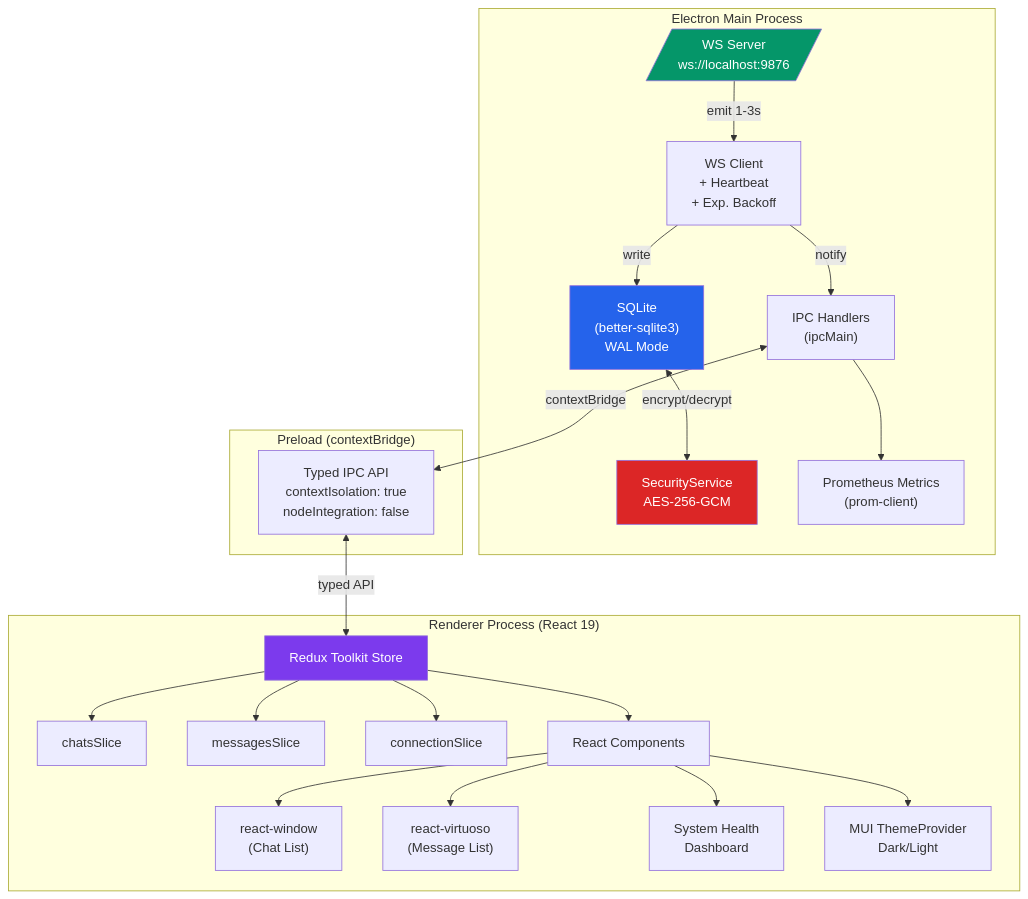
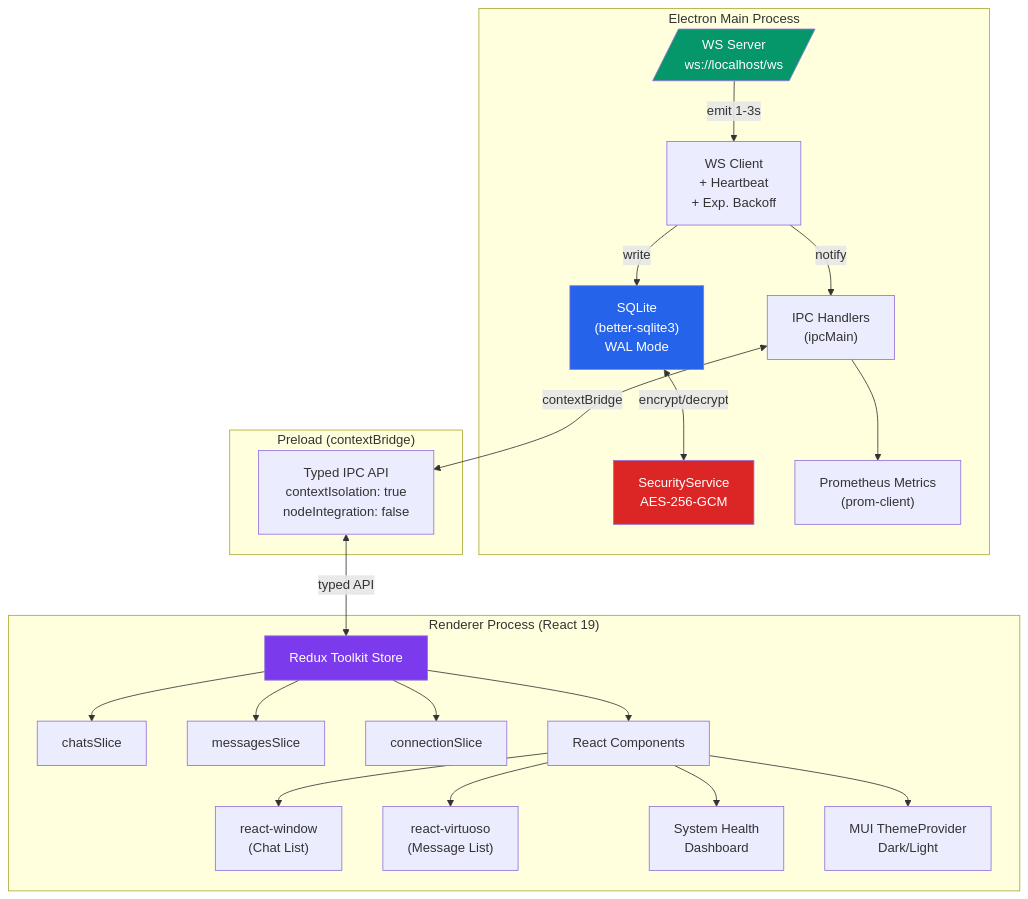
Before and after one commit to ericgitangu/secure-messenger-desktop: the first of 4 diagrams in README.md, drawn with Mermaid. The commit also changed other lines of this file and 10 other files, not shown here.

````diff
--- a/README.md
+++ b/README.md
@@ -163,48 +180,48 @@
 ```mermaid
 graph TB
     subgraph "Electron Main Process"
-        WS_SERVER[/"WS Server<br/>ws://localhost:9876"/]
+        WS_SERVER[/"WS Server<br/>ws://localhost/ws"/]
         WS_CLIENT["WS Client<br/>+ Heartbeat<br/>+ Exp. Backoff"]
         DB["SQLite<br/>(better-sqlite3)<br/>WAL Mode"]
         SEC["SecurityService<br/>AES-256-GCM"]
         METRICS["Prometheus Metrics<br/>(prom-client)"]
         IPC_MAIN["IPC Handlers<br/>(ipcMain)"]
     end
 
     subgraph "Preload (contextBridge)"
         BRIDGE["Typed IPC API<br/>contextIsolation: true<br/>nodeIntegration: false"]
     end
 
     subgraph "Renderer Process (React 19)"
         REDUX["Redux Toolkit Store"]
         CHATS_SLICE["chatsSlice"]
         MSG_SLICE["messagesSlice"]
         CONN_SLICE["connectionSlice"]
         UI["React Components"]
         VIRT_LIST["react-window<br/>(Chat List)"]
         VIRT_MSG["react-virtuoso<br/>(Message List)"]
         HEALTH["System Health<br/>Dashboard"]
         THEME["MUI ThemeProvider<br/>Dark/Light"]
     end
 
     WS_SERVER -->|"emit 1-3s"| WS_CLIENT
     WS_CLIENT -->|"write"| DB
     DB <-->|"encrypt/decrypt"| SEC
     WS_CLIENT -->|"notify"| IPC_MAIN
     IPC_MAIN <-->|"contextBridge"| BRIDGE
     BRIDGE <-->|"typed API"| REDUX
     REDUX --> CHATS_SLICE
     REDUX --> MSG_SLICE
     REDUX --> CONN_SLICE
     REDUX --> UI
     UI --> VIRT_LIST
     UI --> VIRT_MSG
     UI --> HEALTH
     UI --> THEME
     IPC_MAIN --> METRICS
 
     style SEC fill:#dc2626,color:#fff
     style DB fill:#2563eb,color:#fff
     style REDUX fill:#7c3aed,color:#fff
     style WS_SERVER fill:#059669,color:#fff
 ```
````
